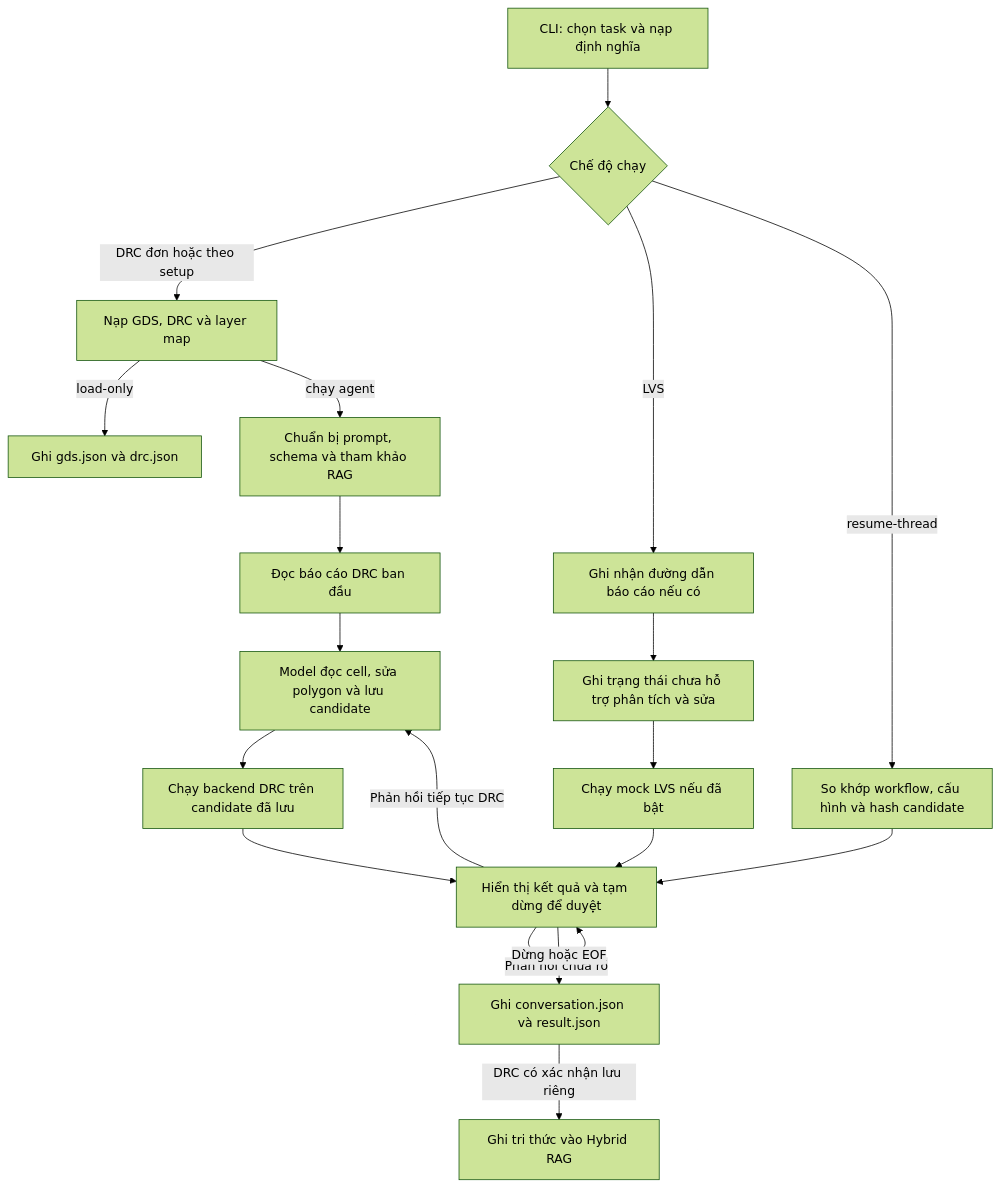
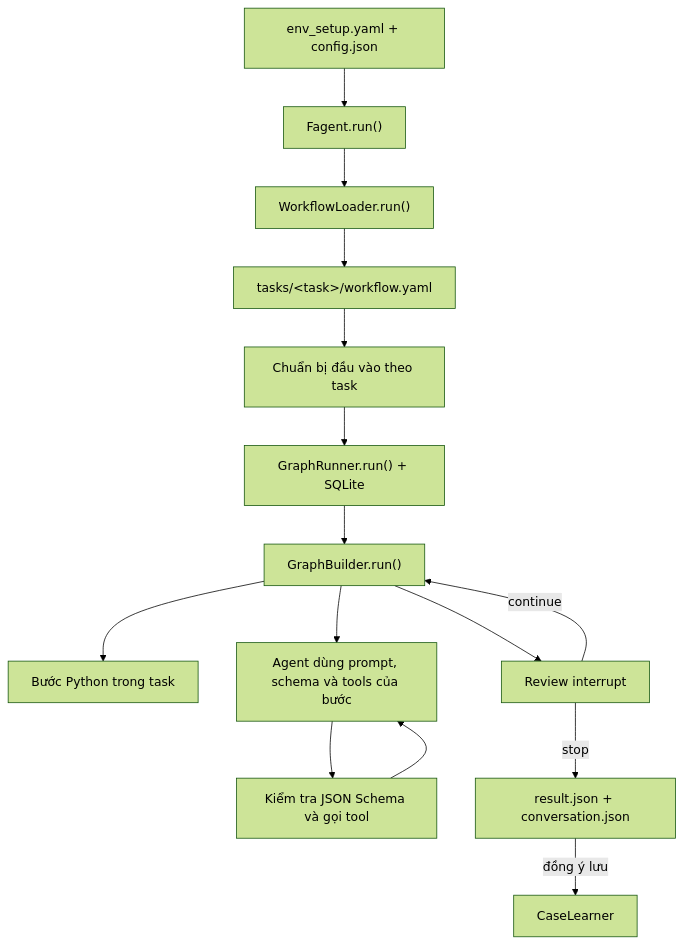
One commit to cuongdb-talos/FAGENT changed the diagram in .agent/AI_Workflow.md. Above: the diagram before and after it, drawn with Mermaid (forest theme). The commit also changed other lines of this file and 89 other files, not shown here.

````diff
--- a/.agent/AI_Workflow.md
+++ b/.agent/AI_Workflow.md
@@ -7,21 +3,17 @@
 ```mermaid
 flowchart TD
-    CLI["CLI: chọn task và nạp định nghĩa"] --> MODE{"Chế độ chạy"}
-    MODE -->|DRC đơn hoặc theo setup| LOAD["Nạp GDS, DRC và layer map"]
-    LOAD -->|load-only| LOADED["Ghi gds.json và drc.json"]
-    LOAD -->|chạy agent| PREP["Chuẩn bị prompt, schema và tham khảo RAG"]
-    PREP --> READ["Đọc báo cáo DRC ban đầu"]
-    READ --> REPAIR["Model đọc cell, sửa polygon và lưu candidate"]
-    REPAIR --> VALIDATE["Chạy backend DRC trên candidate đã lưu"]
-    VALIDATE --> REVIEW["Hiển thị kết quả và tạm dừng để duyệt"]
-    MODE -->|LVS| LVS_READ["Ghi nhận đường dẫn báo cáo nếu có"]
-    LVS_READ --> LVS_REPAIR["Ghi trạng thái chưa hỗ trợ phân tích và sửa"]
-    LVS_REPAIR --> LVS_RUN["Chạy mock LVS nếu đã bật"]
-    LVS_RUN --> REVIEW
-    MODE -->|resume-thread| RESUME["So khớp workflow, cấu hình và hash candidate"]
-    RESUME --> REVIEW
-    REVIEW -->|Phản hồi tiếp tục DRC| REPAIR
-    REVIEW -->|Phản hồi chưa rõ| REVIEW
-    REVIEW -->|Dừng hoặc EOF| OUTPUT["Ghi conversation.json và result.json"]
-    OUTPUT -->|DRC có xác nhận lưu riêng| KNOWLEDGE["Ghi tri thức vào Hybrid RAG"]
+    Setup["env_setup.yaml + config.json"] --> CLI["Fagent.run()"]
+    CLI --> Loader["WorkflowLoader.run()"]
+    Loader --> Task["tasks/&lt;task&gt;/workflow.yaml"]
+    Task --> Prep["Chuẩn bị đầu vào theo task"]
+    Prep --> Runner["GraphRunner.run() + SQLite"]
+    Runner --> Graph["GraphBuilder.run()"]
+    Graph --> Step["Bước Python trong task"]
+    Graph --> Agent["Agent dùng prompt, schema và tools của bước"]
+    Agent --> Tools["Kiểm tra JSON Schema và gọi tool"]
+    Tools --> Agent
+    Graph --> Review["Review interrupt"]
+    Review -->|continue| Graph
+    Review -->|stop| Out["result.json + conversation.json"]
+    Out -->|đồng ý lưu| RAG["CaseLearner"]
 ```
````
